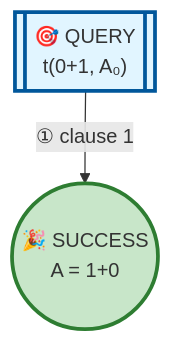
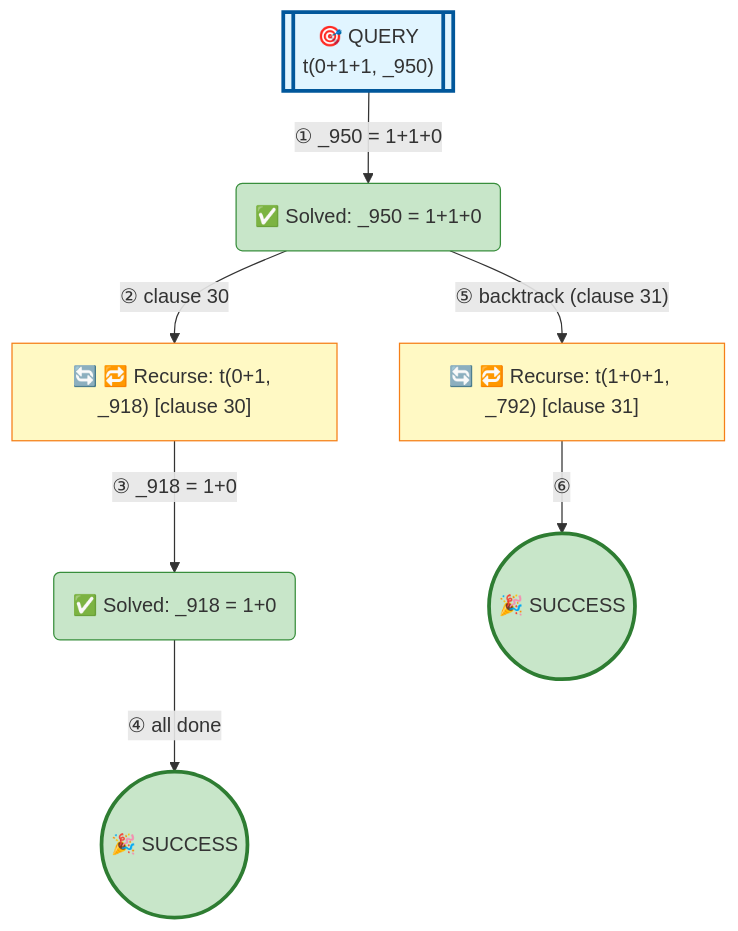
The diagram in examples/3_3_operators-standard.md (jarecsni/prolog-trace-viz), drawn with Mermaid before and after one commit. The commit also changed other lines of this file and 26 other files, not shown here.

````diff
--- a/examples/3_3_operators-standard.md
+++ b/examples/3_3_operators-standard.md
@@ -17,14 +17,29 @@
 ```mermaid
 graph TD
 
 %% Nodes
-A[["🎯 QUERY<br/>t(0+1, A₀)"]]
-B(("🎉 SUCCESS<br/>A = 1+0"))
+A[["🎯 QUERY<br/>t(0+1+1, _950)"]]
+B("✅ Solved: _950 = 1+1+0")
+C["🔄 🔁 Recurse: t(0+1, _918) [clause 30]"]
+D("✅ Solved: _918 = 1+0")
+E(("🎉 SUCCESS"))
+F["🔄 🔁 Recurse: t(1+0+1, _792) [clause 31]"]
+G(("🎉 SUCCESS"))
 
 %% Edges
-A -->|"① clause 1"| B
+A -->|"① _950 = 1+1+0"| B
+B -->|"② clause 30"| C
+C -->|"③ _918 = 1+0"| D
+D -->|"④ all done"| E
+B -->|"⑤ backtrack (clause 31)"| F
+F -->|"⑥"| G
 
 %% Styles
 style A fill:#e1f5ff,stroke:#01579b,stroke-width:3px
-style B fill:#c8e6c9,stroke:#2e7d32,stroke-width:3px
+style B fill:#c8e6c9,stroke:#388e3c
+style C fill:#fff9c4,stroke:#f57f17
+style D fill:#c8e6c9,stroke:#388e3c
+style E fill:#c8e6c9,stroke:#2e7d32,stroke-width:3px
+style F fill:#fff9c4,stroke:#f57f17
+style G fill:#c8e6c9,stroke:#2e7d32,stroke-width:3px
 ```
````
